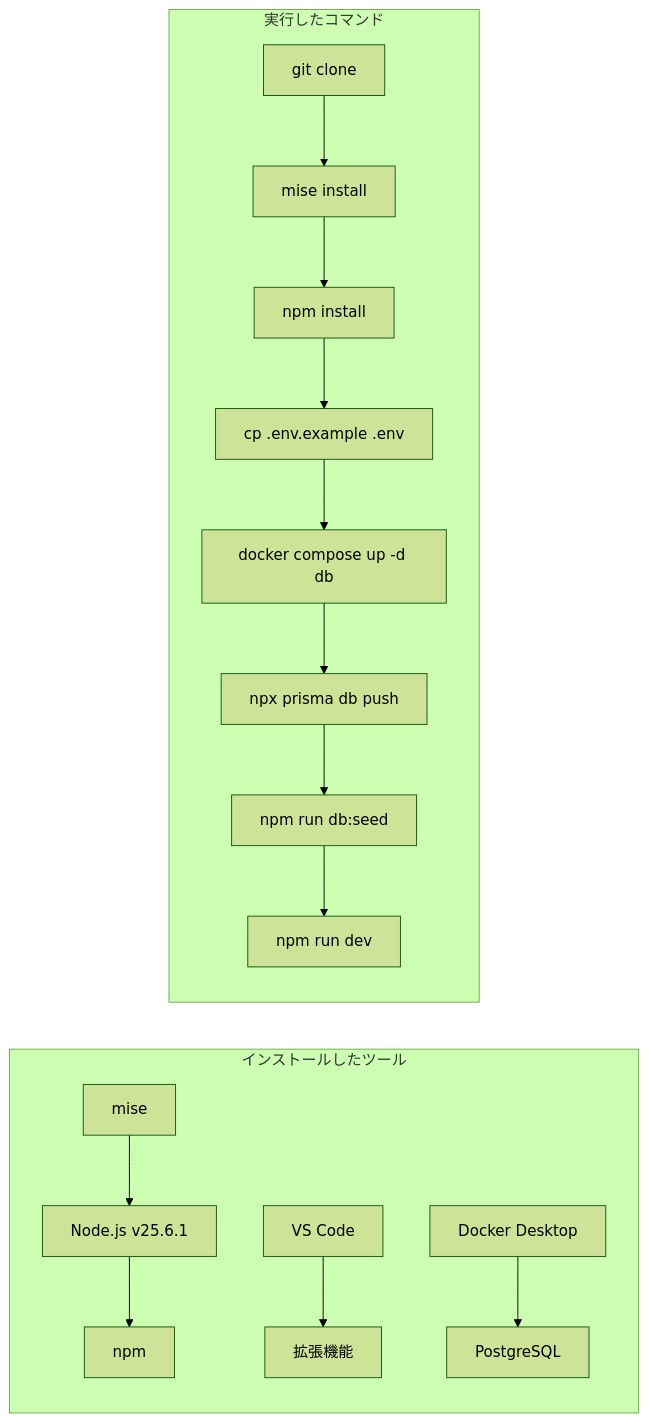
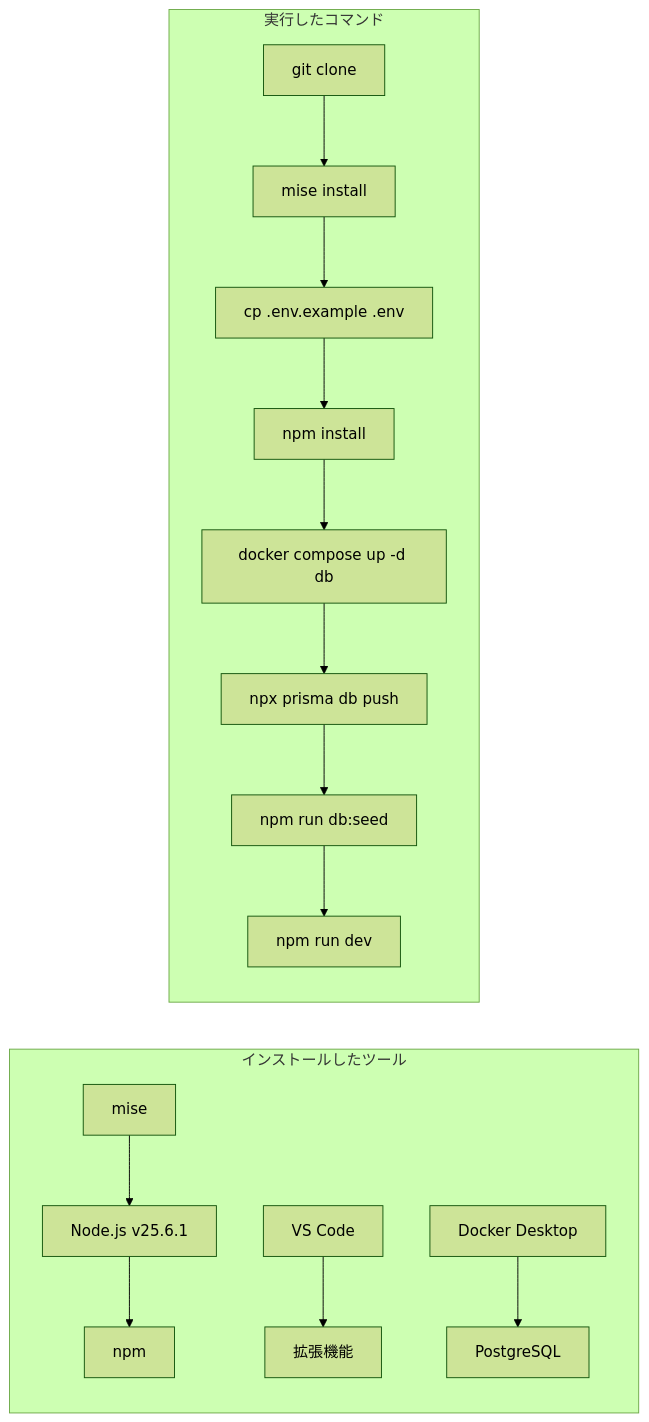
The second of 2 diagrams in material/30days-curriculum/day01_開発環境を整えて、初めてのアプリを動かそう.md (kouiso/task-app), drawn with Mermaid (forest theme) before and after one commit. The commit also changed other lines of this file and 65 other files, not shown here.

````diff
--- a/material/30days-curriculum/day01_開発環境を整えて、初めてのアプリを動かそう.md
+++ b/material/30days-curriculum/day01_開発環境を整えて、初めてのアプリを動かそう.md
@@ -755,19 +814,19 @@
 ```mermaid
 flowchart LR
     subgraph インストールしたツール
         Z[mise] --> A[Node.js v25.6.1]
         A --> B[npm]
         C[VS Code] --> D[拡張機能]
         E[Docker Desktop] --> F[PostgreSQL]
     end
 
     subgraph 実行したコマンド
         G[git clone] --> G2[mise install]
-        G2 --> H[npm install]
-        H --> I[cp .env.example .env]
-        I --> J[docker compose up -d db]
+        G2 --> I[cp .env.example .env]
+        I --> H[npm install]
+        H --> J[docker compose up -d db]
         J --> K[npx prisma db push]
         K --> L[npm run db:seed]
         L --> M[npm run dev]
     end
 ```
````
